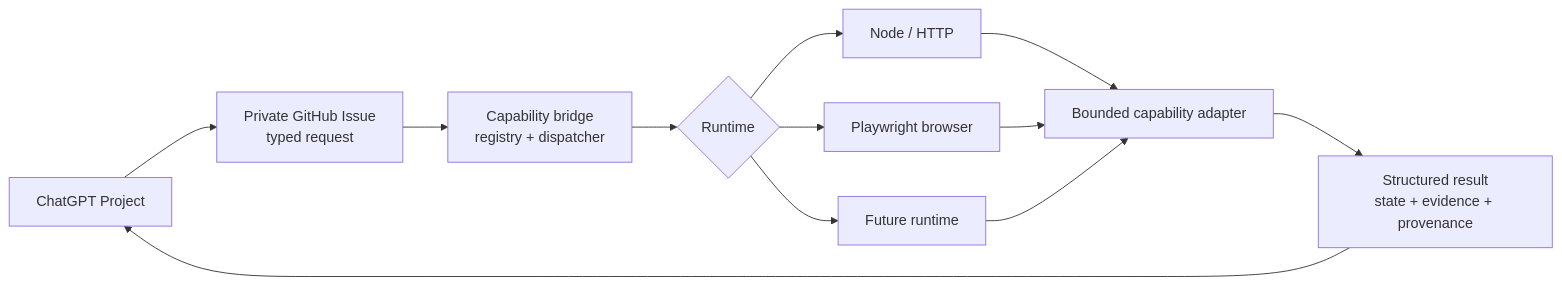
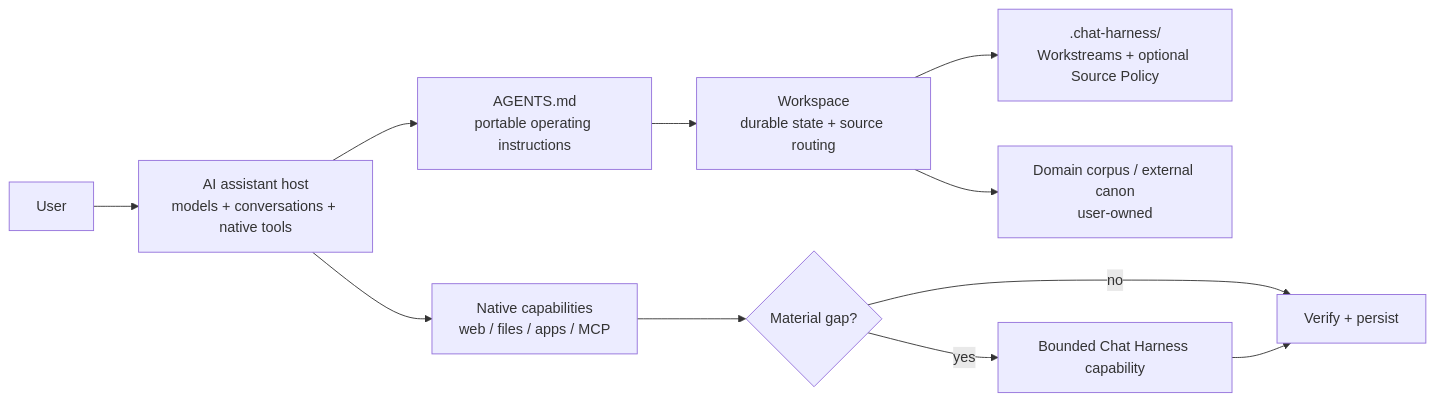
One commit to carlosboeing/chat-harness changed the diagram in README.md. Above: the diagram before and after it, drawn with Mermaid. The commit also changed other lines of this file and 5 other files, not shown here.

Commit message:
docs: add portable workspace templates and operating protocol

````diff
--- a/README.md
+++ b/README.md
@@ -9,14 +21,13 @@
 ```mermaid
 flowchart LR
-    P["ChatGPT Project"] --> T["Private GitHub Issue<br/>typed request"]
-    T --> B["Capability bridge<br/>registry + dispatcher"]
-    B --> R{"Runtime"}
-    R --> N["Node / HTTP"]
-    R --> W["Playwright browser"]
-    R --> F["Future runtime"]
-    N --> A["Bounded capability adapter"]
-    W --> A
-    F --> A
-    A --> O["Structured result<br/>state + evidence + provenance"]
-    O --> P
+    U["User"] --> H["AI assistant host<br/>models + conversations + native tools"]
+    H --> I["AGENTS.md<br/>portable operating instructions"]
+    I --> W["Workspace<br/>durable state + source routing"]
+    W --> S[".chat-harness/<br/>Workstreams + optional Source Policy"]
+    W --> C["Domain corpus / external canon<br/>user-owned"]
+    H --> N["Native capabilities<br/>web / files / apps / MCP"]
+    N --> X{"Material gap?"}
+    X -- "no" --> V["Verify + persist"]
+    X -- "yes" --> E["Bounded Chat Harness capability"]
+    E --> V
 ```
````
